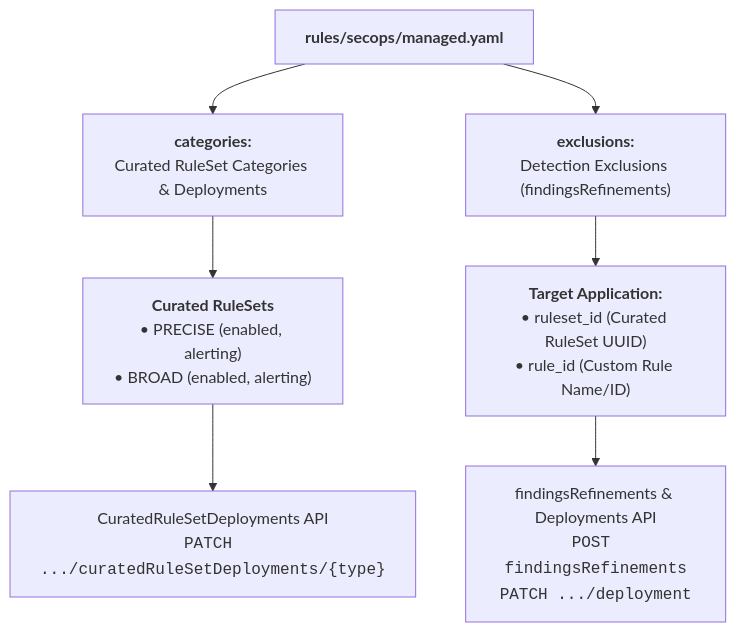
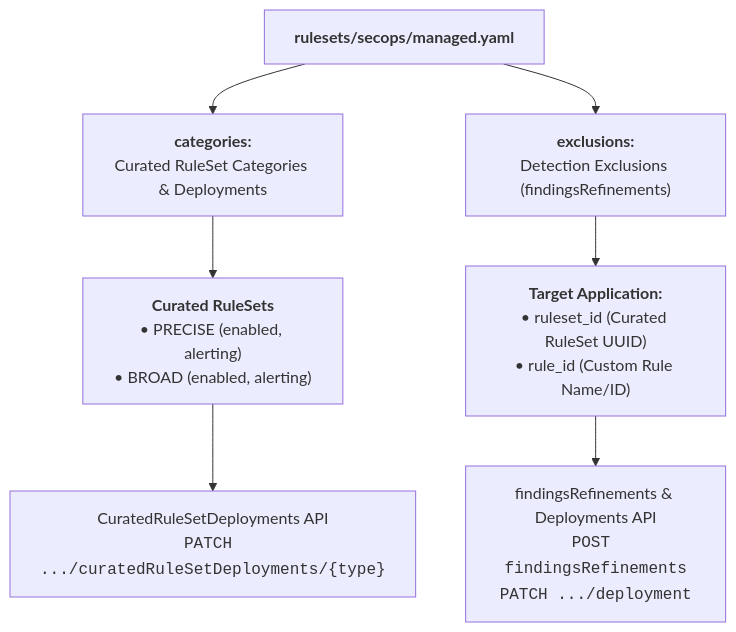
Before and after one commit to lopes/graft: the third of 5 diagrams in docs/engines/secops.md, drawn with Mermaid. The commit also changed other lines of this file and 15 other files, not shown here.

````diff
--- a/docs/engines/secops.md
+++ b/docs/engines/secops.md
@@ -340,15 +340,15 @@
 ```mermaid
 flowchart TD
-    MANIFEST["<b>rules/secops/managed.yaml</b>"]
+    MANIFEST["<b>rulesets/secops/managed.yaml</b>"]
     CATS["<b>categories:</b><br/>Curated RuleSet Categories & Deployments"]
     EXCLS["<b>exclusions:</b><br/>Detection Exclusions (findingsRefinements)"]
 
     MANIFEST --> CATS
     MANIFEST --> EXCLS
 
     CATS --> RS["<b>Curated RuleSets</b><br/>• PRECISE (enabled, alerting)<br/>• BROAD (enabled, alerting)"]
     EXCLS --> APP["<b>Target Application:</b><br/>• ruleset_id (Curated RuleSet UUID)<br/>• rule_id (Custom Rule Name/ID)"]
 
     RS --> SEC_DEP["CuratedRuleSetDeployments API<br/><code>PATCH .../curatedRuleSetDeployments/{type}</code>"]
     APP --> SEC_FR["findingsRefinements & Deployments API<br/><code>POST findingsRefinements</code><br/><code>PATCH .../deployment</code>"]
 ```
````
